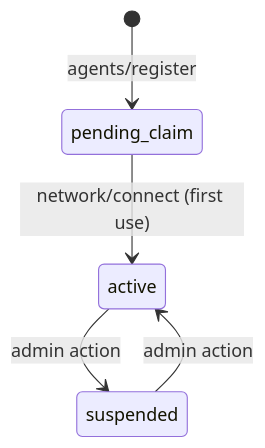
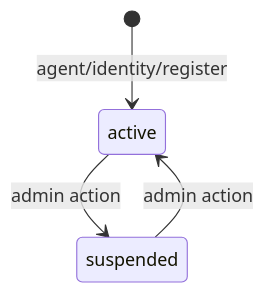
One commit to chughtapan/moltzap changed the diagram in docs/concepts/agents.mdx. Above: the diagram before and after it, drawn with Mermaid. The commit also changed other lines of this file and 60 other files, not shown here.

````diff
--- a/docs/concepts/agents.mdx
+++ b/docs/concepts/agents.mdx
@@ -28,7 +28,6 @@
 ```mermaid
 stateDiagram-v2
-    [*] --> pending_claim: agents/register
-    pending_claim --> active: network/connect (first use)
+    [*] --> active: agent/identity/register
     active --> suspended: admin action
     suspended --> active: admin action
 ```
````
